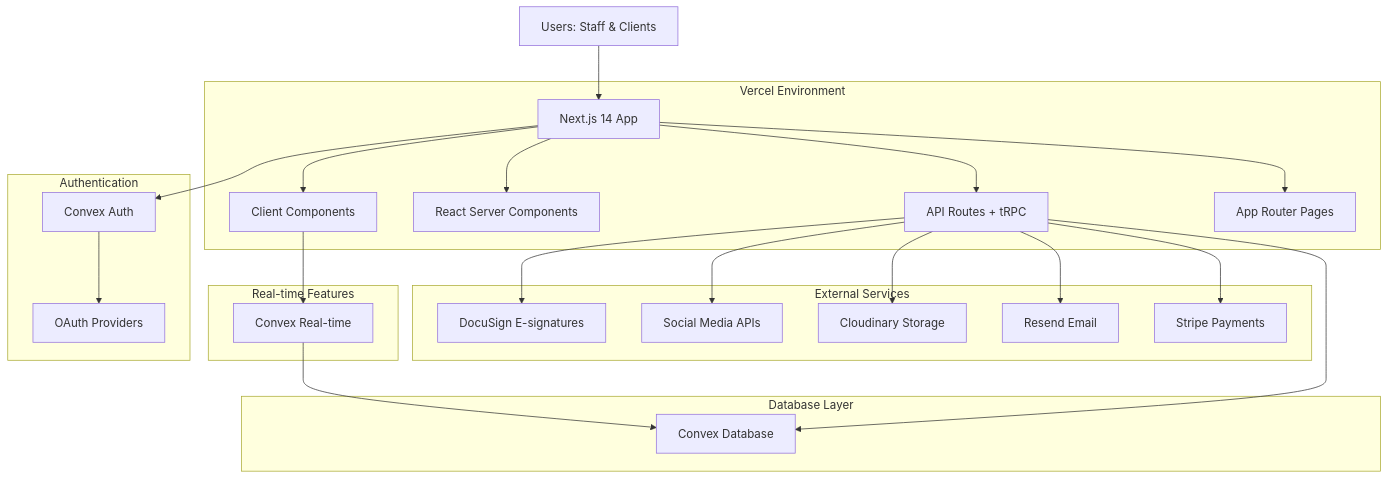
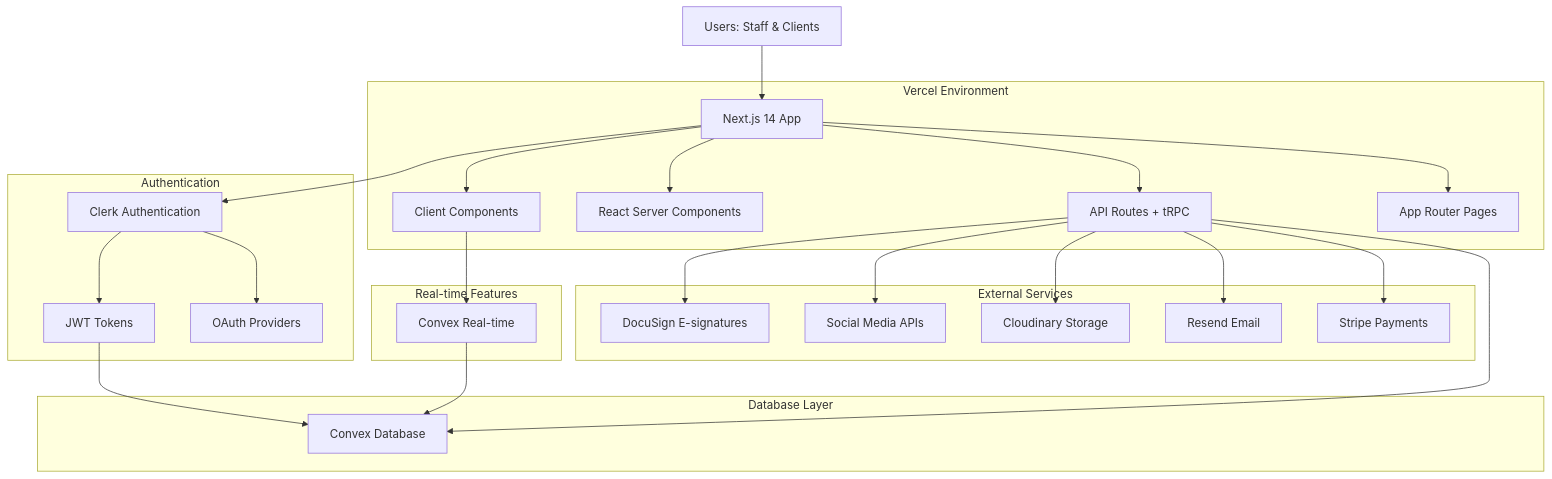
One commit to arne-braeckman/eventRunner changed the diagram in docs/architecture/high-level-architecture.md. Above: the diagram before and after it, drawn with Mermaid. The commit also changed other lines of this file and 132 other files, not shown here.

Commit message:
update auth from convex to clerk

````diff
--- a/docs/architecture/high-level-architecture.md
+++ b/docs/architecture/high-level-architecture.md
@@ -32,33 +32,35 @@
 ```mermaid
 graph TD
     User[Users: Staff & Clients] --> NextApp[Next.js 14 App]
     
     subgraph Vercel_Environment[Vercel Environment]
         NextApp --> AppRouter[App Router Pages]
         NextApp --> APIRoutes[API Routes + tRPC]
         NextApp --> ServerComponents[React Server Components]
         NextApp --> ClientComponents[Client Components]
     end
     
     subgraph Database_Layer[Database Layer]
         APIRoutes --> Convex[Convex Database]
     end
     
     subgraph Authentication[Authentication]
-        NextApp --> ConvexAuth[Convex Auth]
-        ConvexAuth --> AuthProviders[OAuth Providers]
+        NextApp --> ClerkAuth[Clerk Authentication]
+        ClerkAuth --> AuthProviders[OAuth Providers]
+        ClerkAuth --> JWTTokens[JWT Tokens]
+        JWTTokens --> Convex
     end
     
     subgraph External_Services[External Services]
         APIRoutes --> Stripe[Stripe Payments]
         APIRoutes --> Resend[Resend Email]
         APIRoutes --> Cloudinary[Cloudinary Storage]
         APIRoutes --> SocialAPIs[Social Media APIs]
         APIRoutes --> DocuSign[DocuSign E-signatures]
     end
     
     subgraph Real_Time[Real-time Features]
         ClientComponents --> Convex_Realtime[Convex Real-time]
         Convex_Realtime --> Convex
     end
 ```
````
